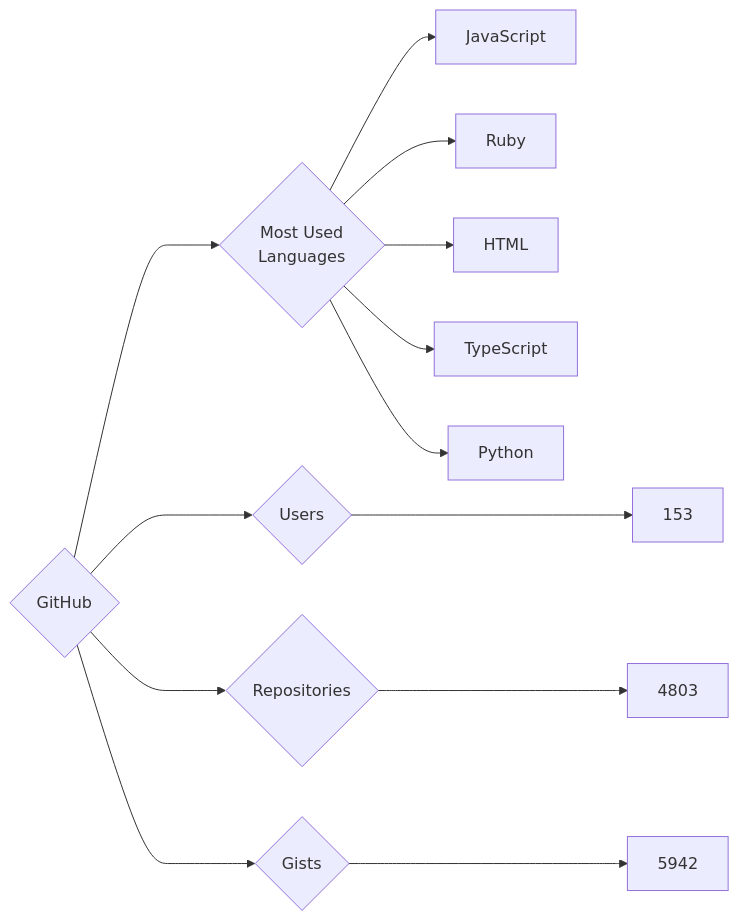
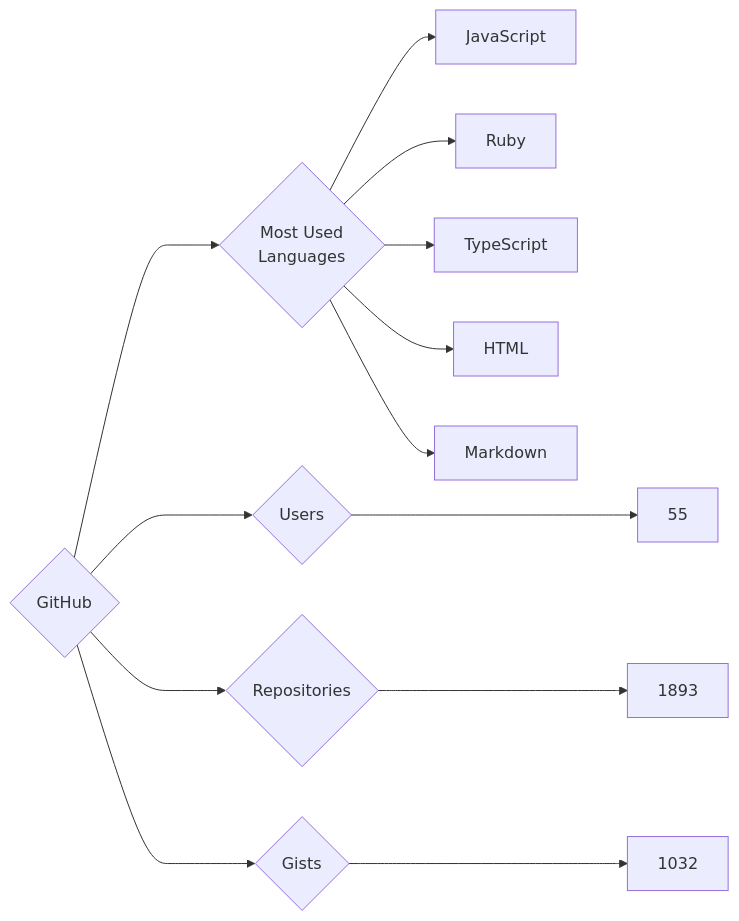
One commit to trickest/insiders changed the diagram in targets/GitHub/README.md. Above: the diagram before and after it, drawn with Mermaid. The commit also changed 873 other files, not shown here.

````diff
--- a/targets/GitHub/README.md
+++ b/targets/GitHub/README.md
@@ -3,13 +3,13 @@
 ```mermaid
 graph LR
 COMPANY_NAME{GitHub}
-COMPANY_NAME ---> U{Users} ---> UN[153]
-COMPANY_NAME ---> R{Repositories} ---> RN[4803]
-COMPANY_NAME ---> G{Gists} ---> GN[5942]
+COMPANY_NAME ---> U{Users} ---> UN[55]
+COMPANY_NAME ---> R{Repositories} ---> RN[1893]
+COMPANY_NAME ---> G{Gists} ---> GN[1032]
 COMPANY_NAME ---> ML{Most Used<br>Languages}
 ML --> JavaScript[JavaScript]
 ML --> Ruby[Ruby]
+ML --> TypeScript[TypeScript]
 ML --> HTML[HTML]
-ML --> TypeScript[TypeScript]
-ML --> Python[Python]
+ML --> Markdown[Markdown]
 ```
````
